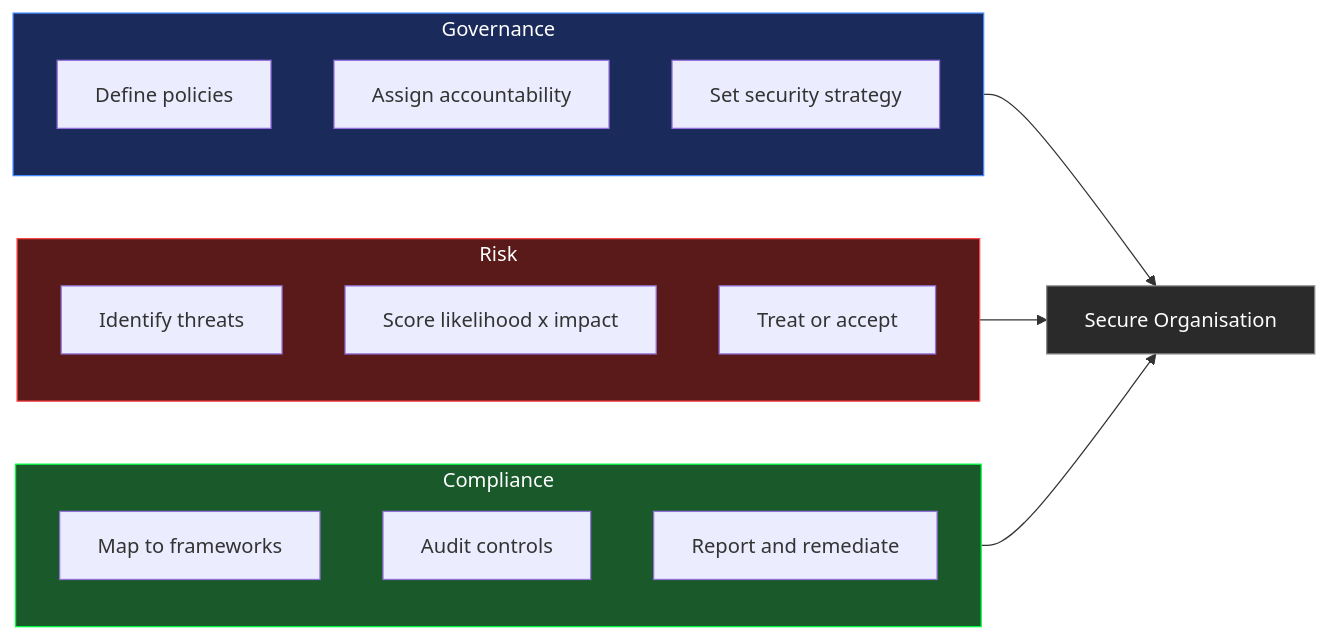
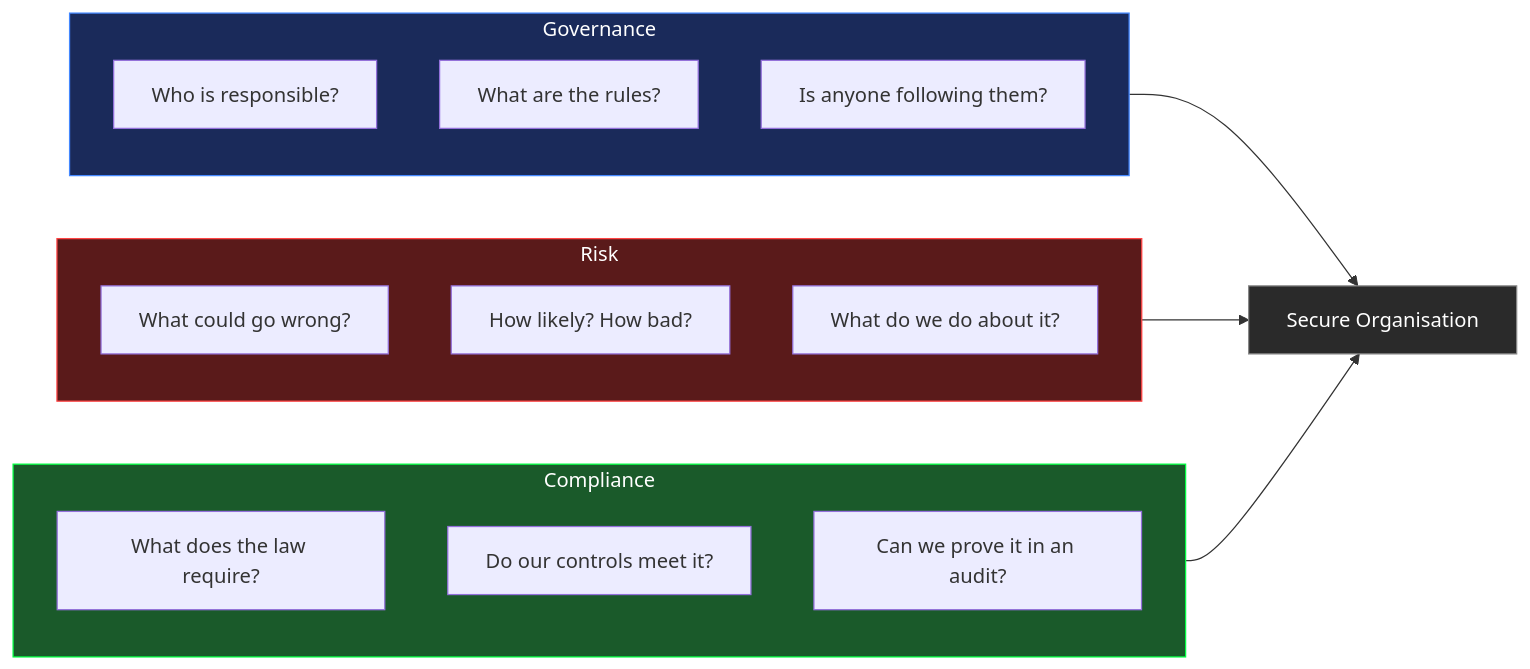
The first of 5 diagrams in README.md (Speed-boo3/grc-project), drawn with Mermaid before and after one commit. The commit also changed other lines of this file, not shown here.

````diff
--- a/README.md
+++ b/README.md
@@ -41,27 +39,27 @@
 ```mermaid
 flowchart LR
     subgraph G[Governance]
-        G1[Define policies]
-        G2[Assign accountability]
-        G3[Set security strategy]
+        G1[Who is responsible?]
+        G2[What are the rules?]
+        G3[Is anyone following them?]
     end
     subgraph R[Risk]
-        R1[Identify threats]
-        R2[Score likelihood x impact]
-        R3[Treat or accept]
+        R1[What could go wrong?]
+        R2[How likely? How bad?]
+        R3[What do we do about it?]
     end
     subgraph C[Compliance]
-        C1[Map to frameworks]
-        C2[Audit controls]
-        C3[Report and remediate]
+        C1[What does the law require?]
+        C2[Do our controls meet it?]
+        C3[Can we prove it in an audit?]
     end
 
     G --> SEC[Secure Organisation]
     R --> SEC
     C --> SEC
 
     style G fill:#1a2a5a,stroke:#4488ff,color:#ffffff
     style R fill:#5a1a1a,stroke:#ff4444,color:#ffffff
     style C fill:#1a5a2a,stroke:#00ff41,color:#ffffff
     style SEC fill:#2a2a2a,stroke:#888888,color:#ffffff
 ```
````
